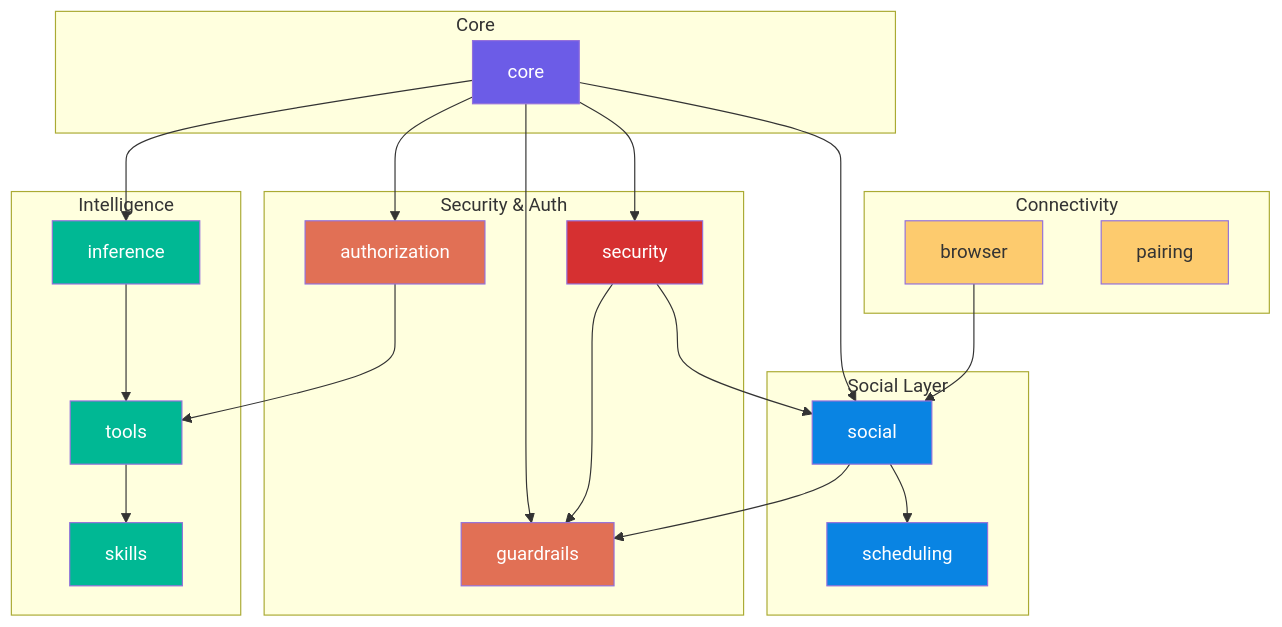
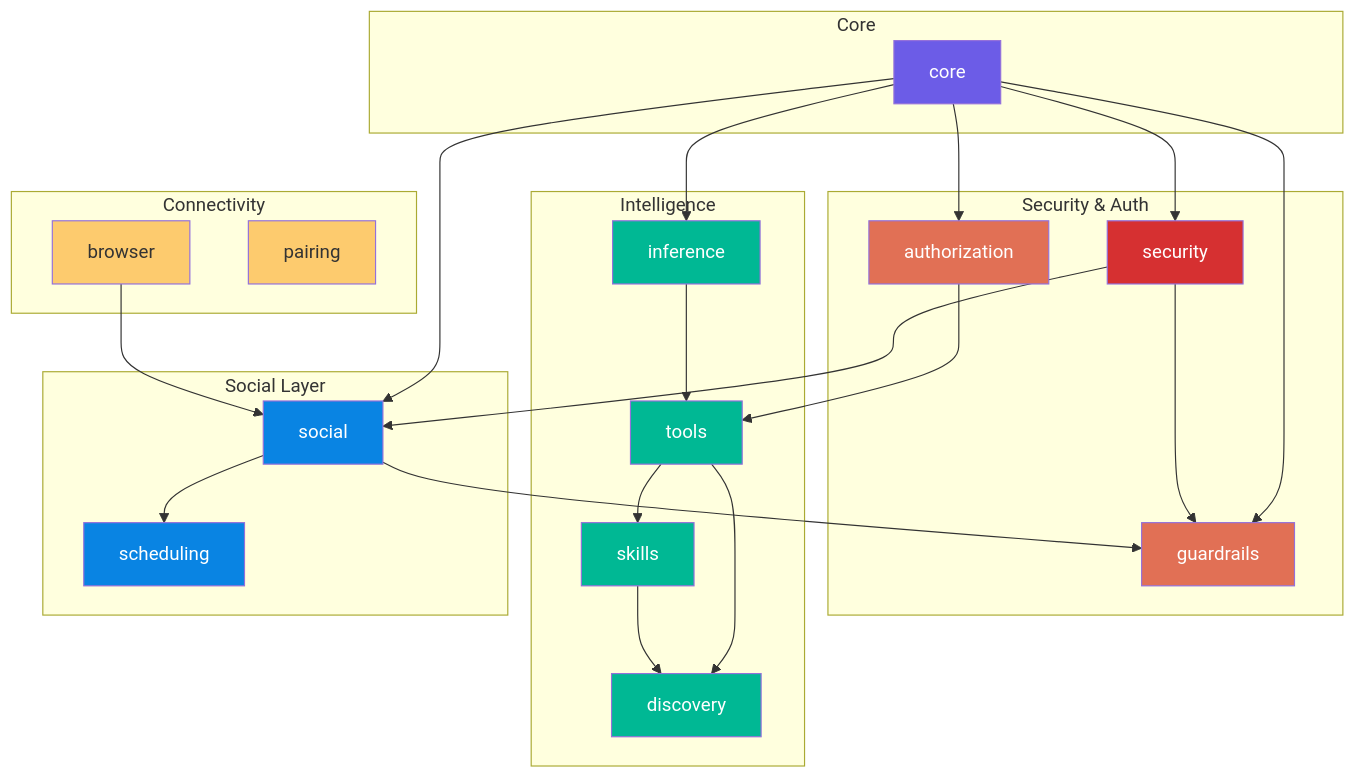
The first of 2 diagrams in docs-site/docs/architecture/overview.md (framerslab/wunderland-sol), drawn with Mermaid before and after one commit. The commit also changed other lines of this file and 5 other files, not shown here.

First line of the commit message:
docs: clarify tools/skills/extensions/discovery relationships across all guides

````diff
--- a/docs-site/docs/architecture/overview.md
+++ b/docs-site/docs/architecture/overview.md
@@ -13,54 +13,58 @@
 ```mermaid
 graph TD
     subgraph Core
         CORE[core]
     end
 
     subgraph Security & Auth
         SEC[security]
         AUTH[authorization]
         GUARD[guardrails]
     end
 
     subgraph Intelligence
         INF[inference]
         TOOLS[tools]
         SKILLS[skills]
+        DISC[discovery]
     end
 
     subgraph Social Layer
         SOCIAL[social]
         SCHED[scheduling]
     end
 
     subgraph Connectivity
         BROWSER[browser]
         PAIRING[pairing]
     end
 
     CORE --> SEC
     CORE --> AUTH
     CORE --> INF
     CORE --> SOCIAL
     CORE --> GUARD
     SEC --> GUARD
     SEC --> SOCIAL
     AUTH --> TOOLS
     INF --> TOOLS
     SOCIAL --> SCHED
     SOCIAL --> GUARD
     TOOLS --> SKILLS
+    TOOLS --> DISC
+    SKILLS --> DISC
     BROWSER --> SOCIAL
 
     style CORE fill:#6c5ce7,color:#fff
     style SEC fill:#d63031,color:#fff
     style AUTH fill:#e17055,color:#fff
     style GUARD fill:#e17055,color:#fff
     style INF fill:#00b894,color:#fff
     style TOOLS fill:#00b894,color:#fff
     style SKILLS fill:#00b894,color:#fff
+    style DISC fill:#00b894,color:#fff
     style SOCIAL fill:#0984e3,color:#fff
     style SCHED fill:#0984e3,color:#fff
     style BROWSER fill:#fdcb6e,color:#333
     style PAIRING fill:#fdcb6e,color:#333
 ```
````
